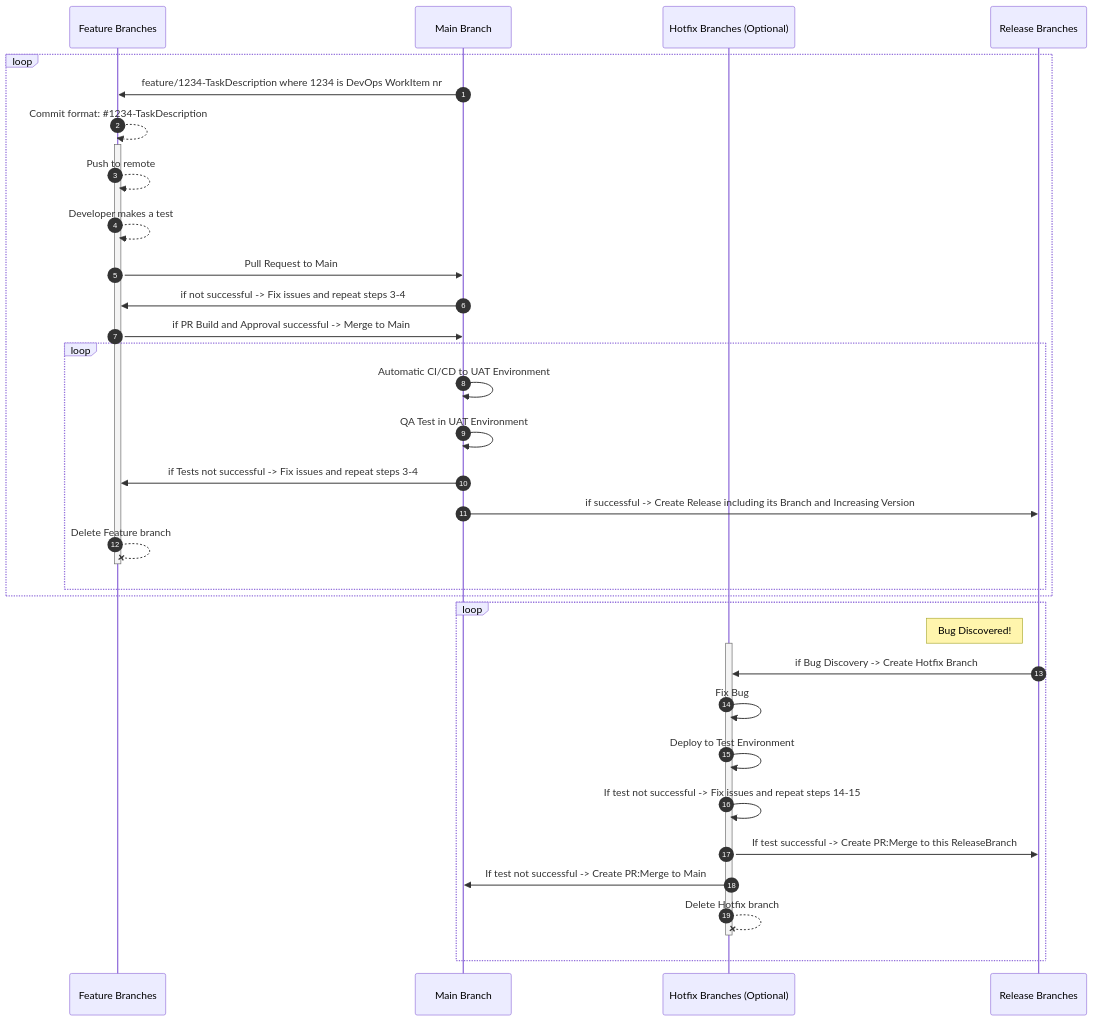
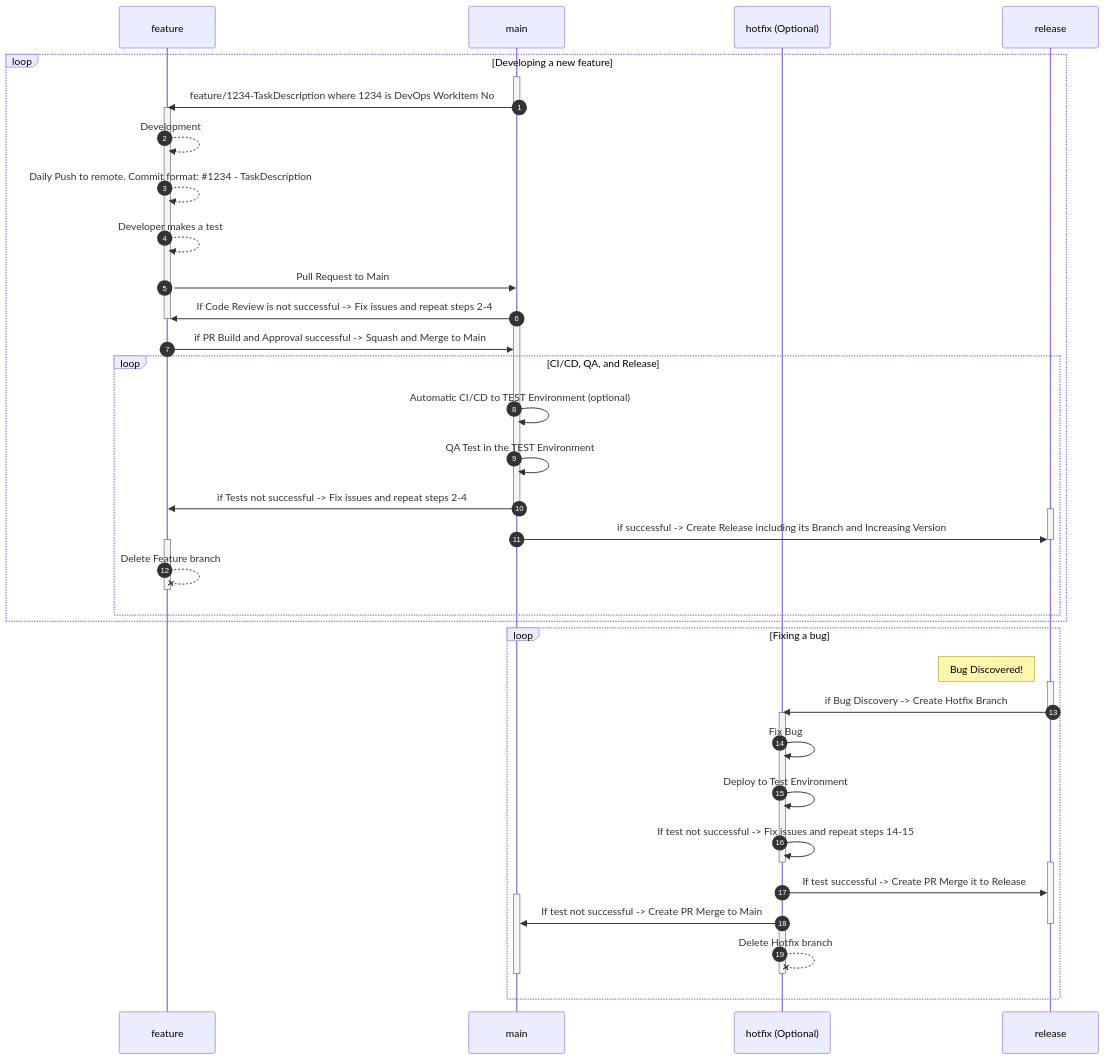
The diagram in Guides/BranchFlow.md (ciellosinc/Ciellos-BC-git-flow-template), drawn with Mermaid before and after one commit. The commit also changed other lines of this file, not shown here.

Commit message:
AB#2204: Update BranchFlow.md content (#6)

````diff
--- a/Guides/BranchFlow.md
+++ b/Guides/BranchFlow.md
@@ -12,42 +12,59 @@
 ```mermaid
+
 sequenceDiagram
     autonumber
-    participant F as Feature Branches
-    participant M as Main Branch
-    participant H as Hotfix Branches (Optional)
-    participant R as Release Branches
+    participant F as feature
+    participant M as main
+    participant H as hotfix (Optional)
+    participant R as release
 
-    loop  
-      M->>F: feature/1234-TaskDescription where 1234 is DevOps WorkItem nr
-      F-->>F: Commit format: #35;1234-TaskDescription
-      activate F
-      F-->>F: Push to remote
-      F-->>F: Developer makes a test
-      F->>M: Pull Request to Main
-      M->>F: if not successful -> Fix issues and repeat steps 3-4
-      F->>M: if PR Build and Approval successful -> Merge to Main
+    loop Developing a new feature
+        activate M
+        M->>F: feature/1234-TaskDescription where 1234 is DevOps WorkItem No
+        deactivate M
+        activate F
+        F-->>F: Development
+        F-->>F: Daily Push to remote. Commit format: #35;1234 - TaskDescription
+        F-->>F: Developer makes a test
+        F->>M: Pull Request to Main
+        M->>F: If Code Review is not successful -> Fix issues and repeat steps 2-4
+        deactivate F
+        activate M
+        F->>M: if PR Build and Approval successful -> Squash and Merge to Main
 
-    loop
-        M->>M: Automatic CI/CD to UAT Environment
-        M->>M: QA Test in UAT Environment
-        M->>F: if Tests not successful -> Fix issues and repeat steps 3-4
+    loop CI/CD, QA, and Release
+        M->>M: Automatic CI/CD to TEST Environment (optional)
+        M->>M: QA Test in the TEST Environment
+        M->>F: if Tests not successful -> Fix issues and repeat steps 2-4
+        deactivate M
+        activate R
         M->>R: if successful -> Create Release including its Branch and Increasing Version
+        deactivate R
+        activate F
         F--xF: Delete Feature branch
         deactivate F
     end
     end
 
-    loop
+    loop Fixing a bug
         Note left of R: Bug Discovered!
+        activate R
+        R->>H: if Bug Discovery -> Create Hotfix Branch
+        deactivate R
         activate H
-        R->>H: if Bug Discovery -> Create Hotfix Branch
         H->>H: Fix Bug
         H->>H: Deploy to Test Environment
         H->>H: If test not successful -> Fix issues and repeat steps 14-15
-        H->>R: If test successful -> Create PR:Merge to this ReleaseBranch
-        H->>M: If test not successful -> Create PR:Merge to Main
+        deactivate H
+        activate R
+        H->>R: If test successful -> Create PR Merge it to Release
+        activate M
+        H->>M: If test not successful -> Create PR Merge to Main
+        deactivate R
+        activate H
         H--xH: Delete Hotfix branch
         deactivate H
+        deactivate M
     end
     
 ```
````
